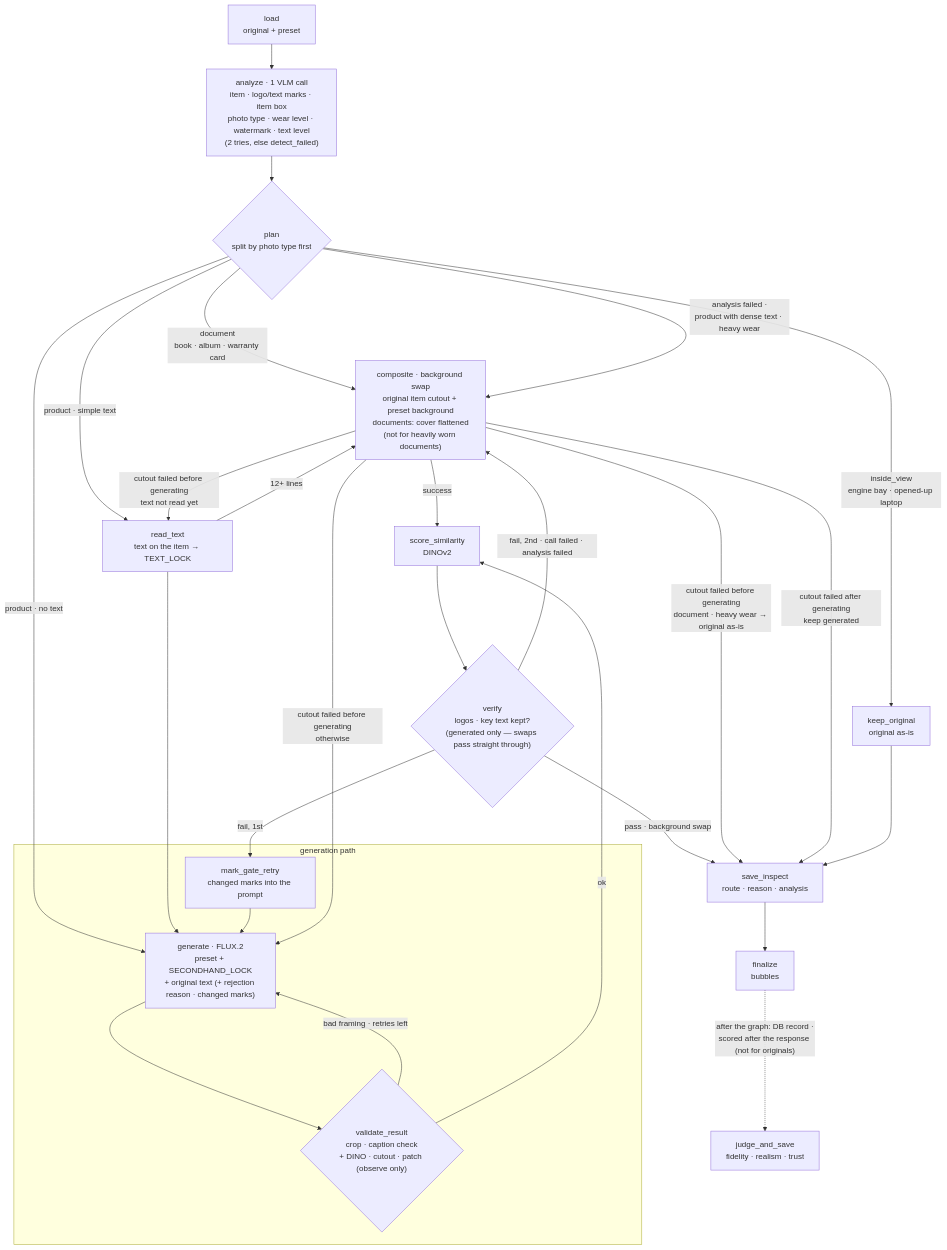
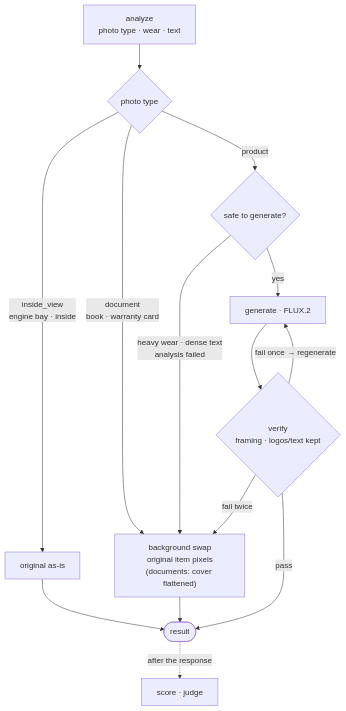
Before and after one commit to cha0620/Carret-App: the diagram in Readme.md, drawn with Mermaid. The commit also changed 1 other file, not shown here.

Commit message:
docs(readme): 파이프라인 mermaid 를 큰 흐름만 — 사진 종류 셋 → 생성·검증 / 배경 교체 / 원본 그대로
세부 분기(글자 읽기, 오리기 실패, 재생성 한도)는 단계 설명으로 넘김. 노드 약 20 → 10

````diff
--- a/Readme.md
+++ b/Readme.md
@@ -33,34 +33,16 @@
 ```mermaid
 flowchart TD
-  L["load<br/>original + preset"] --> A["analyze · 1 VLM call<br/>item · logo/text marks · item box<br/>photo type · wear level · watermark · text level<br/>(2 tries, else detect_failed)"]
-  A --> P{"plan<br/>split by photo type first"}
-
-  P -->|"inside_view<br/>engine bay · opened-up laptop"| O["keep_original<br/>original as-is"]
-  P -->|"document<br/>book · album · warranty card"| X
-  P -->|"analysis failed ·<br/>product with dense text · heavy wear"| X
-  P -->|"product · simple text"| T["read_text<br/>text on the item → TEXT_LOCK"]
-  P -->|"product · no text"| G
-  T -->|"12+ lines"| X
-  T --> G
-
-  subgraph GEN["generation path"]
-    G["generate · FLUX.2<br/>preset + SECONDHAND_LOCK<br/>+ original text (+ rejection reason · changed marks)"] --> V{"validate_result<br/>crop · caption check<br/>+ DINO · cutout · patch (observe only)"}
-    V -->|"bad framing · retries left"| G
-    R["mark_gate_retry<br/>changed marks into the prompt"] --> G
-  end
-
-  V -->|ok| S["score_similarity<br/>DINOv2"]
-  S --> VR{"verify<br/>logos · key text kept?<br/>(generated only — swaps pass straight through)"}
-  VR -->|"fail, 1st"| R
-  VR -->|"fail, 2nd · call failed · analysis failed"| X["composite · background swap<br/>original item cutout + preset background<br/>documents: cover flattened<br/>(not for heavily worn documents)"]
-  VR -->|"pass · background swap"| I
-  X -->|success| S
-  X -->|"cutout failed before generating<br/>document · heavy wear → original as-is"| I
-  X -->|"cutout failed before generating<br/>text not read yet"| T
-  X -->|"cutout failed before generating<br/>otherwise"| G
-  X -->|"cutout failed after generating<br/>keep generated"| I
-  O --> I
-
-  I["save_inspect<br/>route · reason · analysis"] --> F["finalize<br/>bubbles"]
-  F -.->|"after the graph: DB record ·<br/>scored after the response (not for originals)"| J["judge_and_save<br/>fidelity · realism · trust"]
+  A["analyze<br/>photo type · wear · text"] --> P{"photo type"}
+  P -->|"inside_view<br/>engine bay · inside"| O["original as-is"]
+  P -->|"document<br/>book · warranty card"| X["background swap<br/>original item pixels<br/>(documents: cover flattened)"]
+  P -->|product| C{"safe to generate?"}
+  C -->|"heavy wear · dense text<br/>analysis failed"| X
+  C -->|yes| G["generate · FLUX.2"]
+  G --> V{"verify<br/>framing · logos/text kept"}
+  V -->|"fail once → regenerate"| G
+  V -->|"fail twice"| X
+  V -->|pass| R(["result"])
+  X --> R
+  O --> R
+  R -.->|after the response| J["score · judge"]
 ```
````
